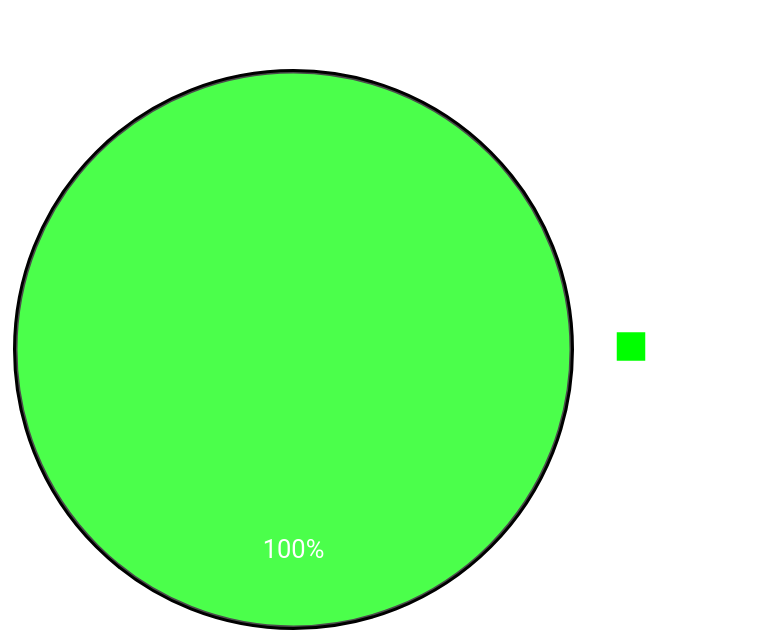
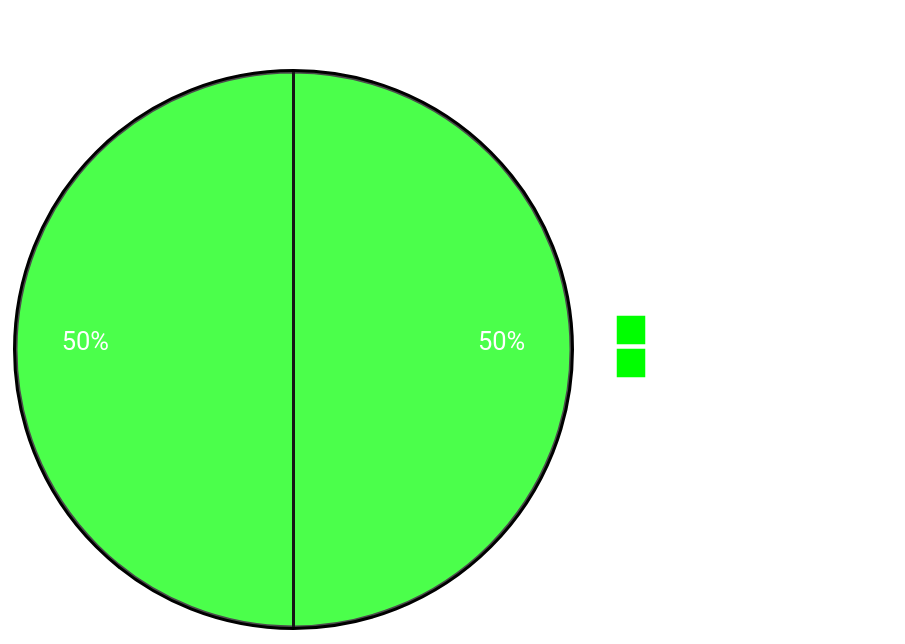
The second of 4 diagrams in README.md (desenvolvimento03onnet/crm_comissoes_api), drawn with Mermaid before and after one commit. The commit also changed other lines of this file, not shown here.

Commit message:
API MK pronta

````diff
--- a/README.md
+++ b/README.md
@@ -73,13 +73,15 @@
 ```mermaid
     %%{
       init: {
         'theme': 'base',
         'themeVariables': {
           'pie1': '#00FF00',
+          'pie2': '#00FF00',
           'primaryTextColor': '#FFFFFF'
         }
       }
     }%%
-    pie title Documentação
+    pie title Documentação - MK
     "Concluído" : 50
+    "Em Desenvolvimento" : 50
 ```
````
